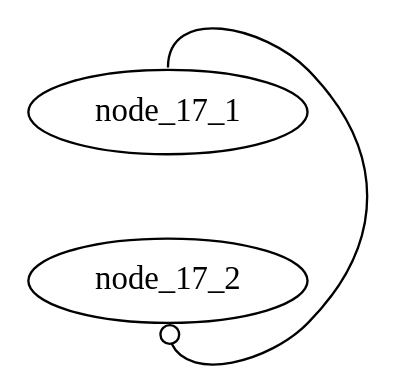
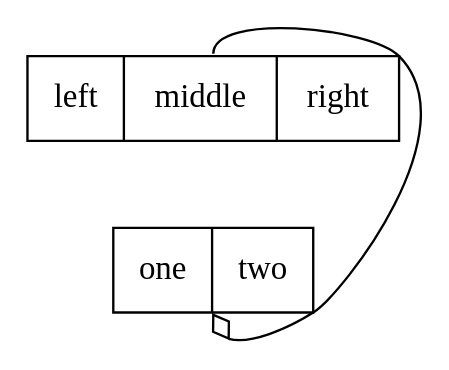
The diagram in data/17.gv (graphviz-perl/GraphViz2-Marpa), drawn with Graphviz before and after one commit. The commit also changed 31 other files, not shown here.

```diff
--- a/data/17.gv
+++ b/data/17.gv
@@ -1,4 +1,9 @@
 digraph graph_17
 {
-	node_17_1:n -> node_17_2:s [arrowhead = odot]
+	node [shape = record]
+
+	node_17_1 [label="<f0> left|<f1> middle|<f2> right"];
+	node_17_2 [label="<f0> one|<f1> two"];
+
+	node_17_1:n -> node_17_2:s [arrowhead = odiamond]
 }
```
